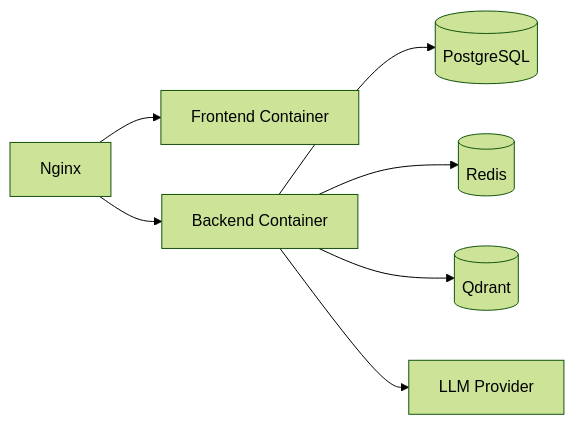
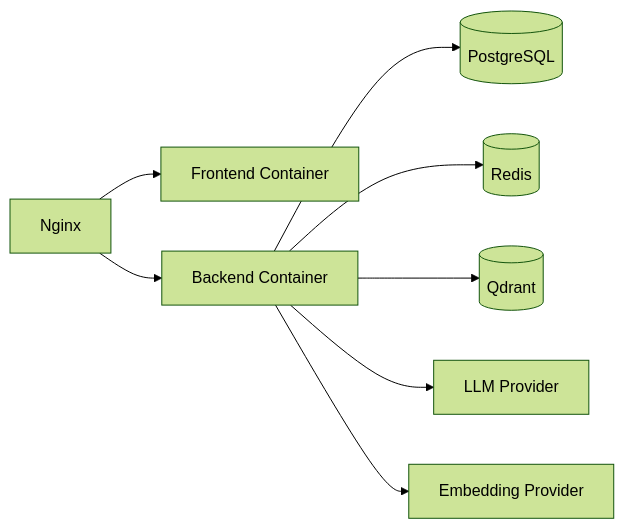
The sixth of 6 diagrams in docs/05_architecture.md (B20031620/careerpilot-resume-agent), drawn with Mermaid (forest theme) before and after one commit. The commit also changed other lines of this file and 45 other files, not shown here.

````diff
--- a/docs/05_architecture.md
+++ b/docs/05_architecture.md
@@ -467,9 +454,10 @@
 ```mermaid
 flowchart LR
     NGINX["Nginx"] --> FE["Frontend Container"]
     NGINX --> API["Backend Container"]
     API --> PG[("PostgreSQL")]
     API --> REDIS[("Redis")]
     API --> QDRANT[("Qdrant")]
     API --> LLM["LLM Provider"]
+    API --> EMBED["Embedding Provider"]
 ```
````
